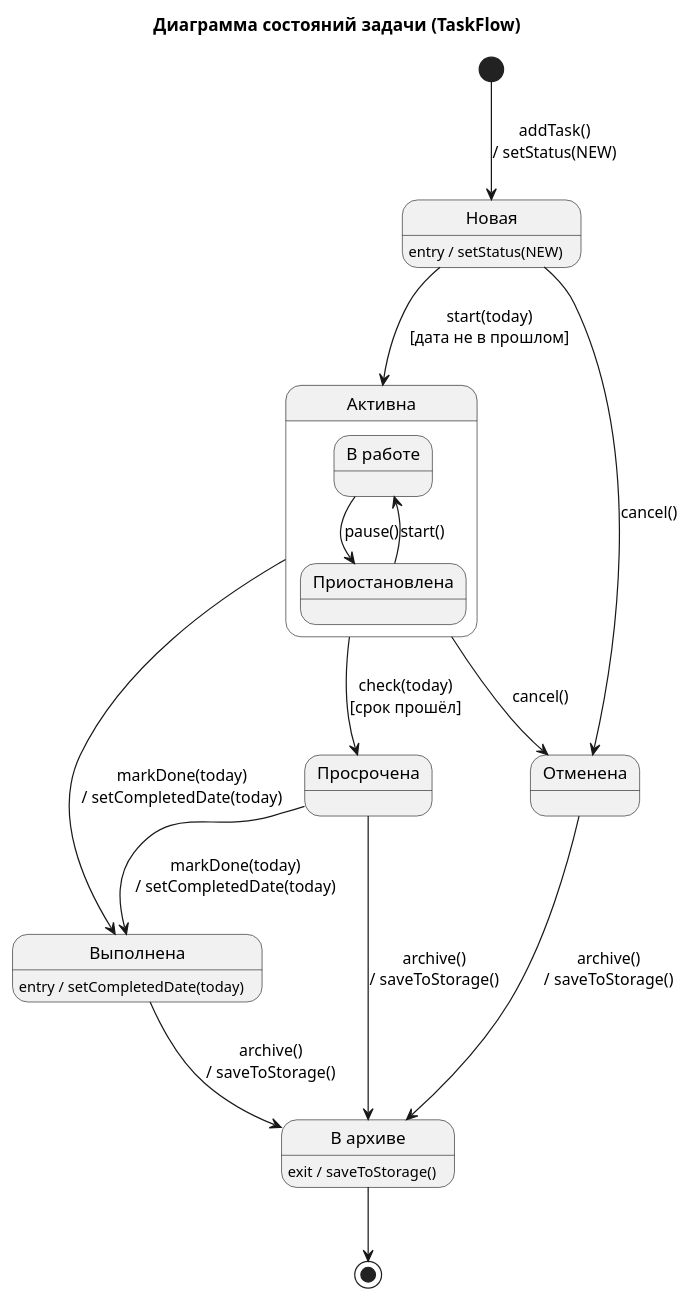
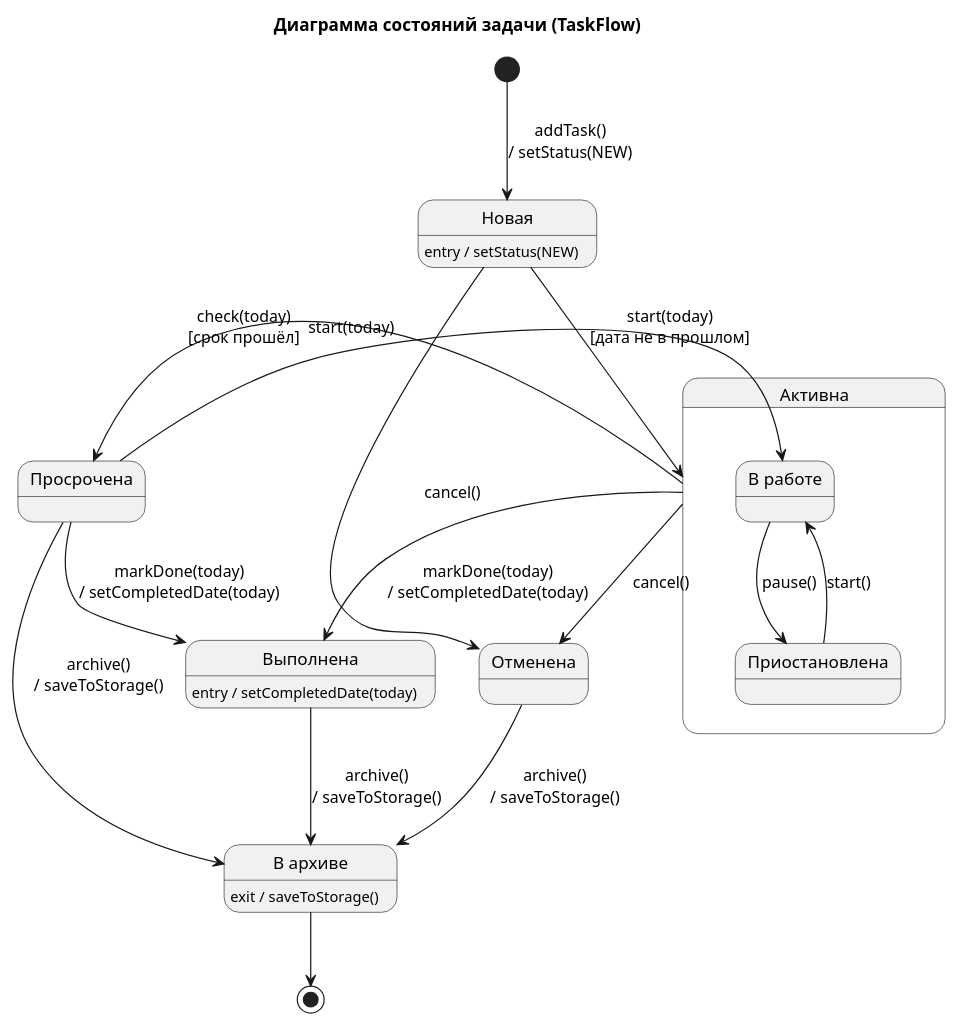
One commit to Ruslan1209/TaskFlow changed the diagram in docs/uml/03_state_task.puml. Above: the diagram before and after it, drawn with PlantUML.

```diff
--- a/docs/uml/03_state_task.puml
+++ b/docs/uml/03_state_task.puml
@@ -1,31 +1,32 @@
 @startuml
 title Диаграмма состояний задачи (TaskFlow)
 
 state "Новая" as New
 state "Активна" as Active {
   state "В работе" as InWork
   state "Приостановлена" as Paused
   InWork --> Paused : pause()
   Paused --> InWork : start()
 }
 state "Просрочена" as Overdue
 state "Выполнена" as Done
 state "Отменена" as Cancelled
 state "В архиве" as Archived
 
 [*] --> New : addTask()\n/ setStatus(NEW)
 New --> Active : start(today)\n[дата не в прошлом]
 Active --> Overdue : check(today)\n[срок прошёл]
 Active --> Done : markDone(today)\n/ setCompletedDate(today)
 Overdue --> Done : markDone(today)\n/ setCompletedDate(today)
+Overdue --> InWork : start(today)
 New --> Cancelled : cancel()
 Active --> Cancelled : cancel()
 Done --> Archived : archive()\n/ saveToStorage()
 Overdue --> Archived : archive()\n/ saveToStorage()
 Cancelled --> Archived : archive()\n/ saveToStorage()
 Archived --> [*]
 
 New : entry / setStatus(NEW)
 Done : entry / setCompletedDate(today)
 Archived : exit / saveToStorage()
 @enduml
```
